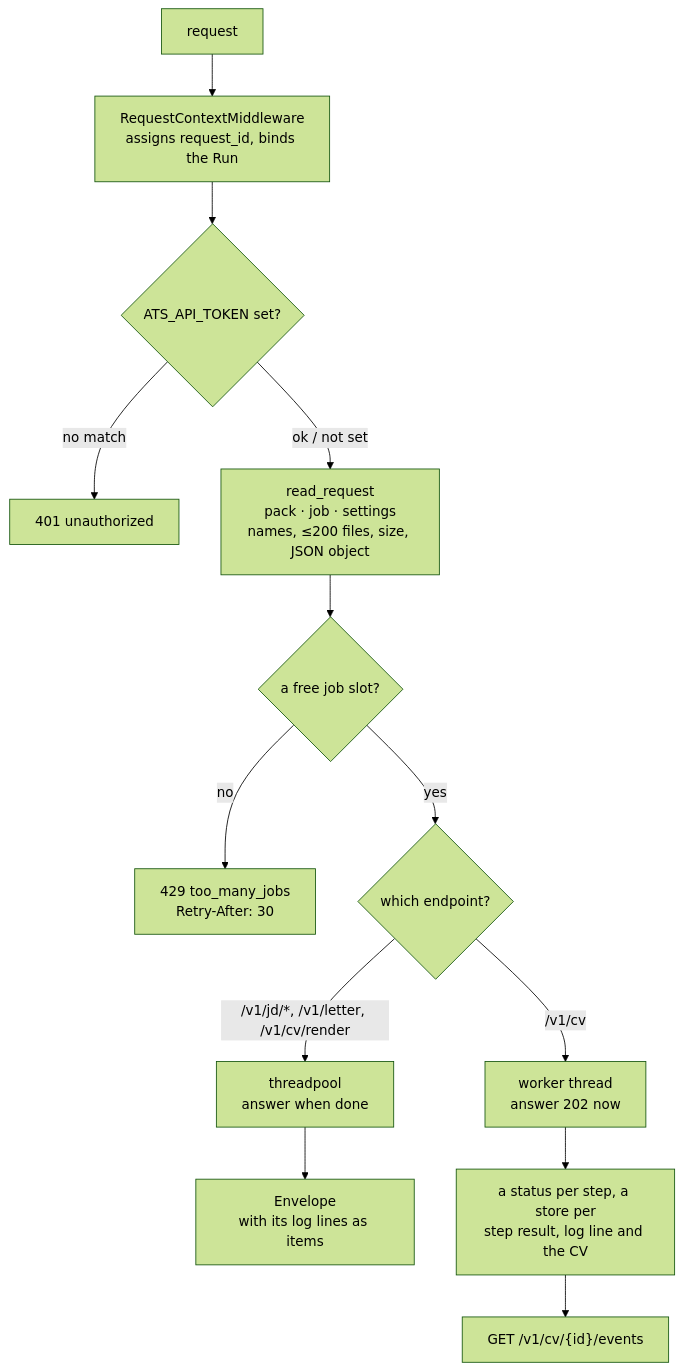
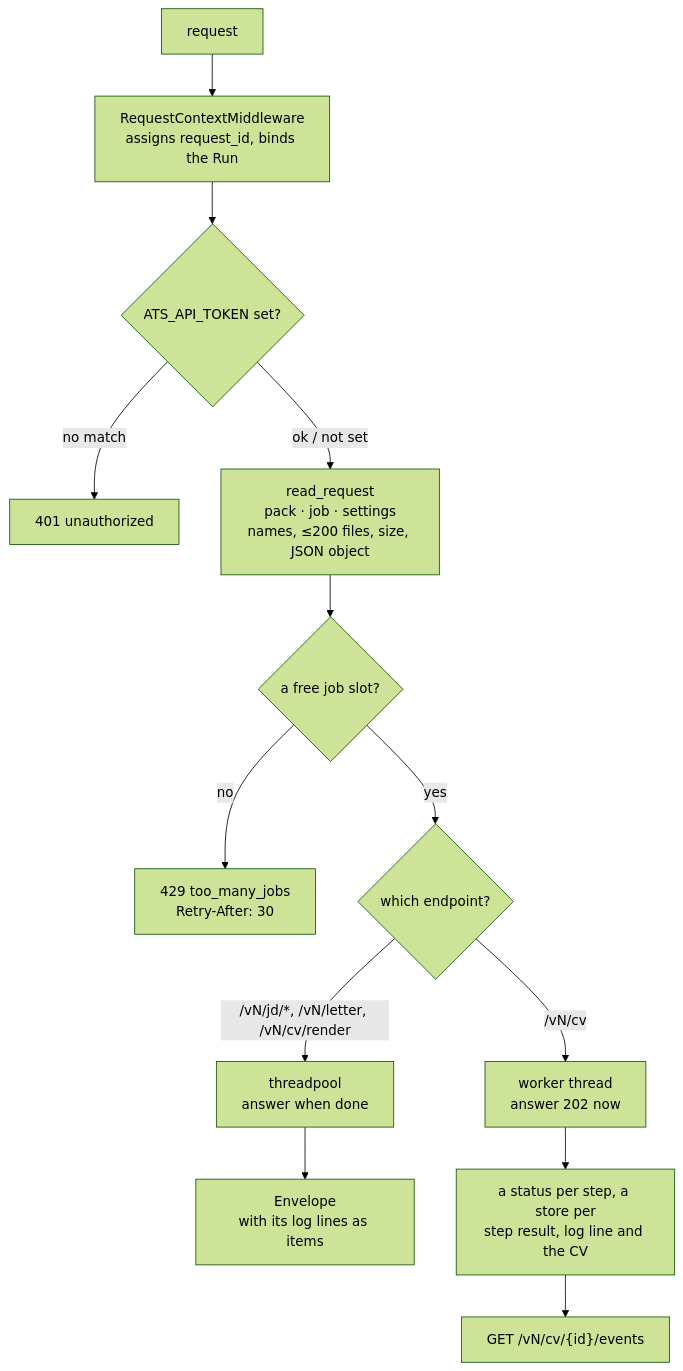
Before and after one commit to gcontini/ats-strike: the second of 2 diagrams in doc/architecture.md, drawn with Mermaid (forest theme). The commit also changed other lines of this file and 46 other files, not shown here.

````diff
--- a/doc/architecture.md
+++ b/doc/architecture.md
@@ -100,15 +100,15 @@
 ```mermaid
 flowchart TB
     REQ["request"] --> MW["RequestContextMiddleware<br/>assigns request_id, binds the Run"]
     MW --> AUTH{"ATS_API_TOKEN set?"}
     AUTH -->|"no match"| E401["401 unauthorized"]
     AUTH -->|"ok / not set"| PARTS["read_request<br/>pack · job · settings<br/>names, ≤200 files, size, JSON object"]
     PARTS --> SLOT{"a free job slot?"}
     SLOT -->|"no"| E429["429 too_many_jobs<br/>Retry-After: 30"]
     SLOT -->|"yes"| KIND{"which endpoint?"}
-    KIND -->|"/v1/jd/*, /v1/letter, /v1/cv/render"| POOL["threadpool<br/>answer when done"]
-    KIND -->|"/v1/cv"| THREAD["worker thread<br/>answer 202 now"]
+    KIND -->|"/vN/jd/*, /vN/letter, /vN/cv/render"| POOL["threadpool<br/>answer when done"]
+    KIND -->|"/vN/cv"| THREAD["worker thread<br/>answer 202 now"]
     POOL --> ENV["Envelope<br/>with its log lines as items"]
     THREAD --> EVENTS["a status per step, a store per<br/>step result, log line and the CV"]
-    EVENTS --> STREAM["GET /v1/cv/{id}/events"]
+    EVENTS --> STREAM["GET /vN/cv/{id}/events"]
 ```
````
